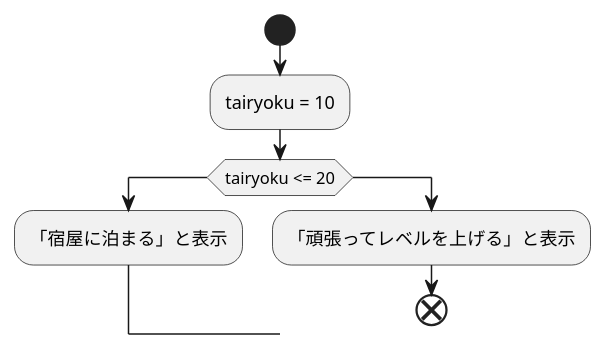
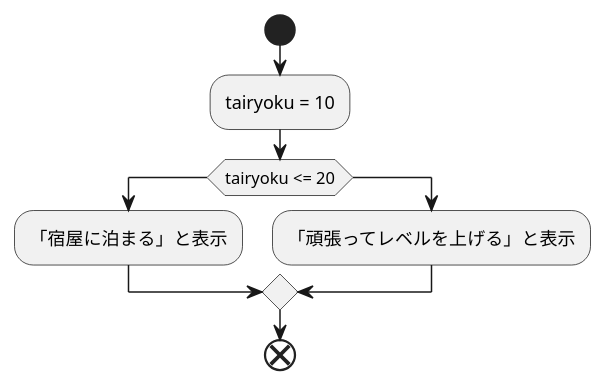
The diagram in tairyoku.md (2001172/2021sys-design), drawn with PlantUML before and after one commit.

````diff
--- a/tairyoku.md
+++ b/tairyoku.md
@@ -1,11 +1,12 @@
 ```uml
 @startuml
 start
 :tairyoku = 10;
 if(tairyoku <= 20)then
 :「宿屋に泊まる」と表示;
 else
 :「頑張ってレベルを上げる」と表示;
+endif
 end
 @enduml
 ```
````
